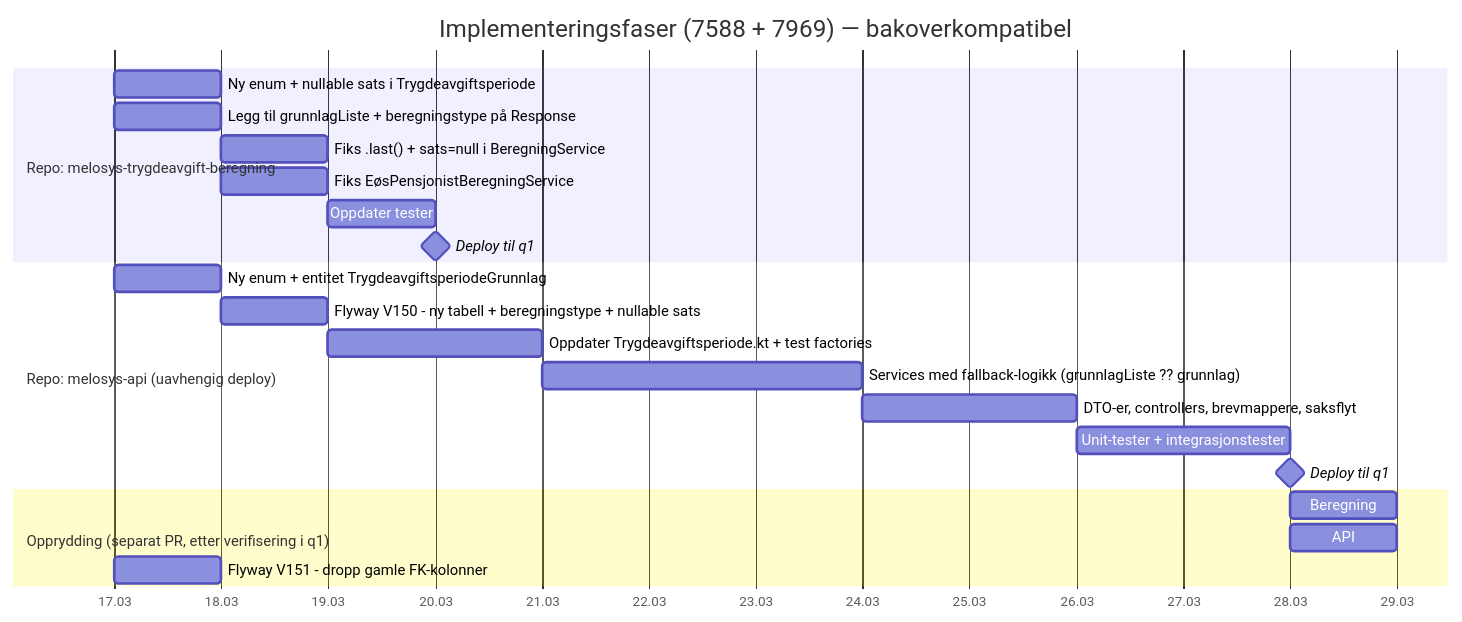
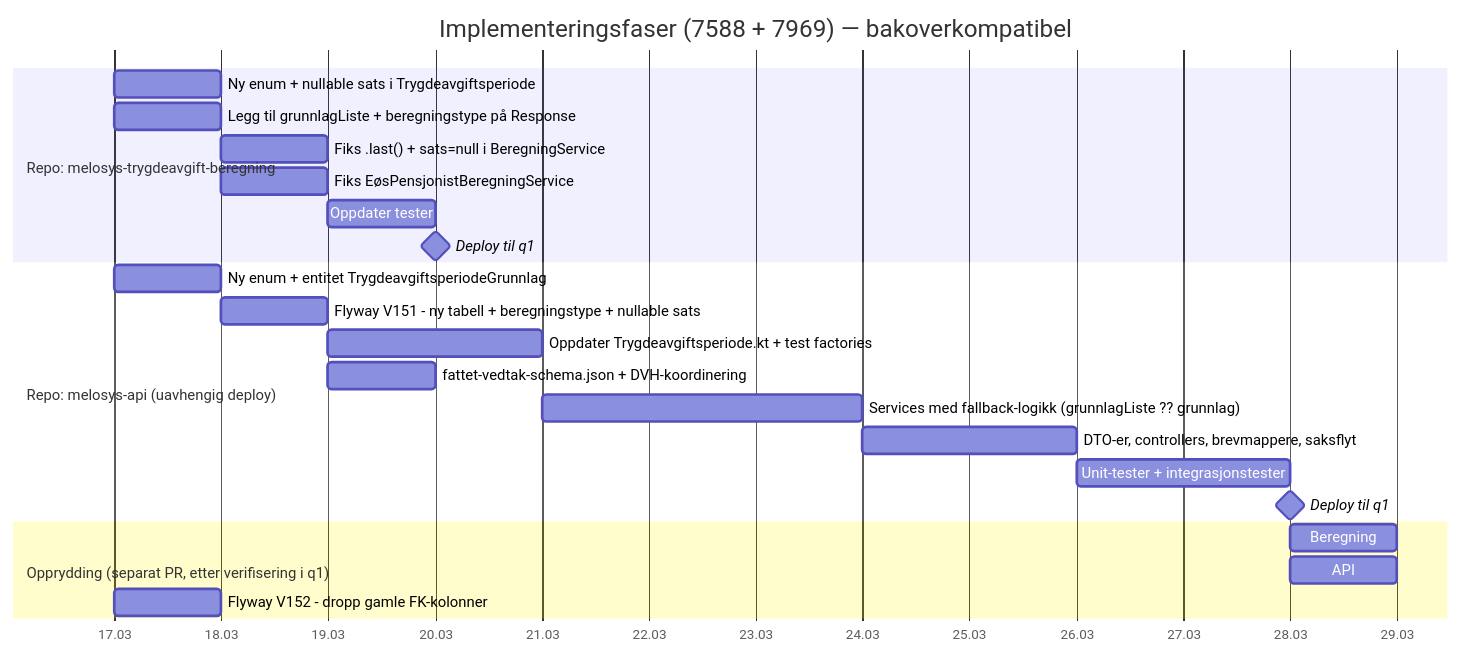
The sixth of 6 diagrams in docs/MELOSYS-7588-implementeringsplan.md (navikt/melosys-api), drawn with Mermaid before and after one commit. The commit also changed other lines of this file, not shown here.

````diff
--- a/docs/MELOSYS-7588-implementeringsplan.md
+++ b/docs/MELOSYS-7588-implementeringsplan.md
@@ -625,28 +666,29 @@
 ```mermaid
 gantt
     title Implementeringsfaser (7588 + 7969) — bakoverkompatibel
     dateFormat  YYYY-MM-DD
     axisFormat  %d.%m
 
     section Repo: melosys-trygdeavgift-beregning
     Ny enum + nullable sats i Trygdeavgiftsperiode  :a0, 2026-03-17, 1d
     Legg til grunnlagListe + beregningstype på Response :a1, 2026-03-17, 1d
     Fiks .last() + sats=null i BeregningService     :a2, after a1, 1d
     Fiks EøsPensjonistBeregningService              :a3, after a1, 1d
     Oppdater tester                                 :a4, after a2, 1d
     Deploy til q1                                   :milestone, a5, after a4, 0d
 
     section Repo: melosys-api (uavhengig deploy)
     Ny enum + entitet TrygdeavgiftsperiodeGrunnlag  :b1, 2026-03-17, 1d
-    Flyway V150 - ny tabell + beregningstype + nullable sats :b2, after b1, 1d
+    Flyway V151 - ny tabell + beregningstype + nullable sats :b2, after b1, 1d
     Oppdater Trygdeavgiftsperiode.kt + test factories :c1, after b2, 2d
+    fattet-vedtak-schema.json + DVH-koordinering     :c2, after b2, 1d
     Services med fallback-logikk (grunnlagListe ?? grunnlag) :d1, after c1, 3d
     DTO-er, controllers, brevmappere, saksflyt       :e1, after d1, 2d
     Unit-tester + integrasjonstester                 :f1, after e1, 2d
     Deploy til q1                                    :milestone, f2, after f1, 0d
 
     section Opprydding (separat PR, etter verifisering i q1)
     Beregning: fjern deprecated grunnlag-felt         :g1, after f2, 1d
     API: fjern legacy fallback-kode                   :g2, after f2, 1d
-    Flyway V151 - dropp gamle FK-kolonner             :g3, after g2, 1d
+    Flyway V152 - dropp gamle FK-kolonner             :g3, after g2, 1d
 ```
````
